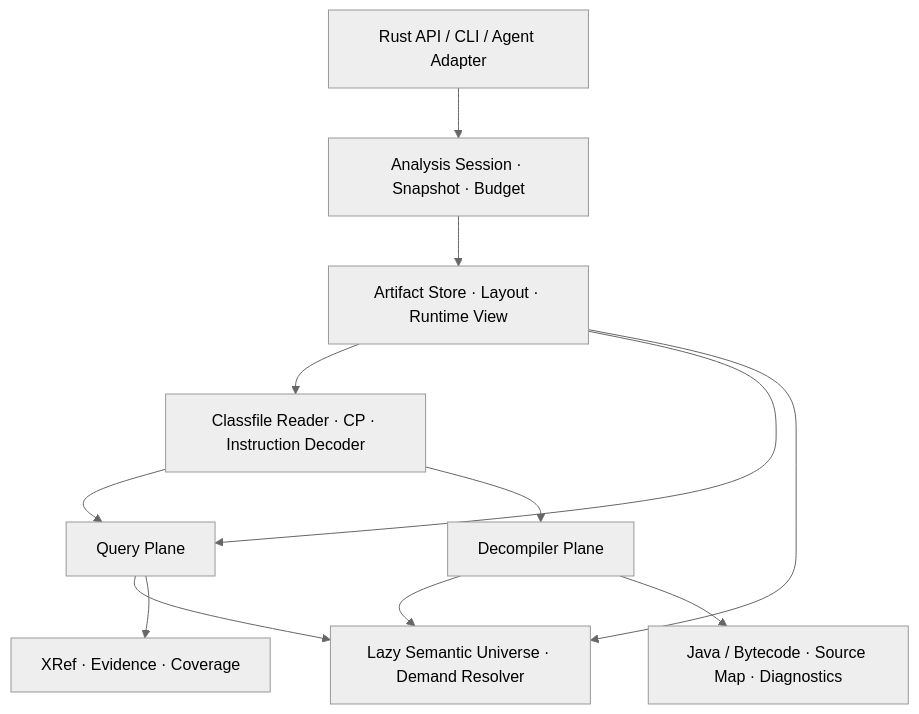
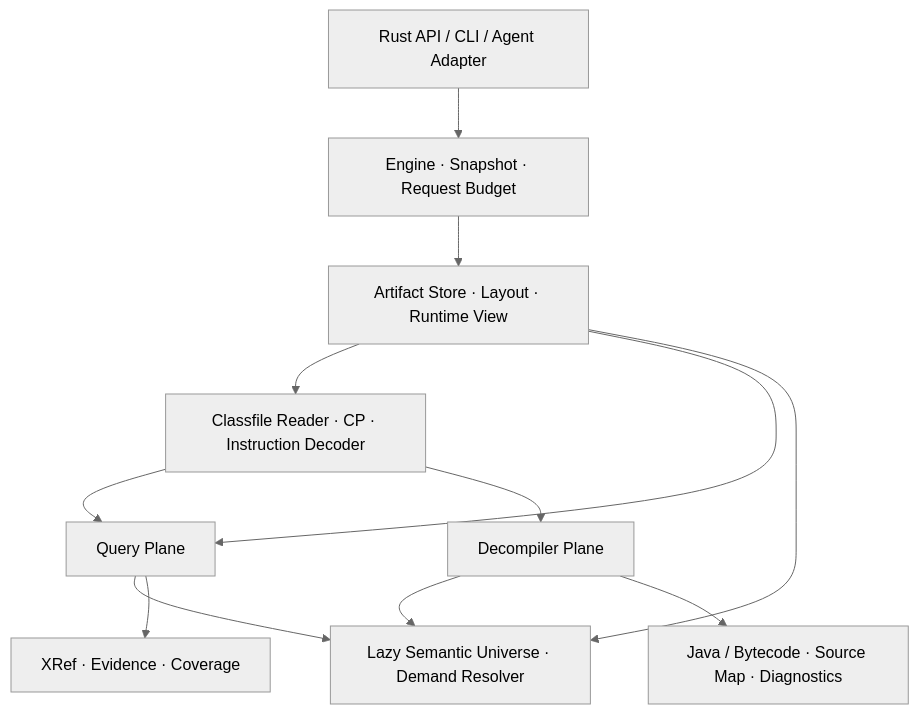
Before and after one commit to LordCasser/jarde: the first of 3 diagrams in JVM_Rust_Engine_Final_Architecture.md, drawn with Mermaid (neutral theme). The commit also changed other lines of this file, not shown here.

First line of the commit message:
docs: sync the architecture baseline with the progressive-result design

````diff
--- a/JVM_Rust_Engine_Final_Architecture.md
+++ b/JVM_Rust_Engine_Final_Architecture.md
@@ -95,14 +97,14 @@
 ```mermaid
 flowchart TD
-    API["Rust API / CLI / Agent Adapter"] --> SESSION["Analysis Session · Snapshot · Budget"]
+    API["Rust API / CLI / Agent Adapter"] --> SESSION["Engine · Snapshot · Request Budget"]
     SESSION --> ART["Artifact Store · Layout · Runtime View"]
     ART --> CF["Classfile Reader · CP · Instruction Decoder"]
     ART --> Q
     CF --> Q["Query Plane"]
     CF --> D["Decompiler Plane"]
     Q --> RES["Lazy Semantic Universe · Demand Resolver"]
     D --> RES
     Q --> X["XRef · Evidence · Coverage"]
     D --> SRC["Java / Bytecode · Source Map · Diagnostics"]
     ART --> RES
 ```
````
